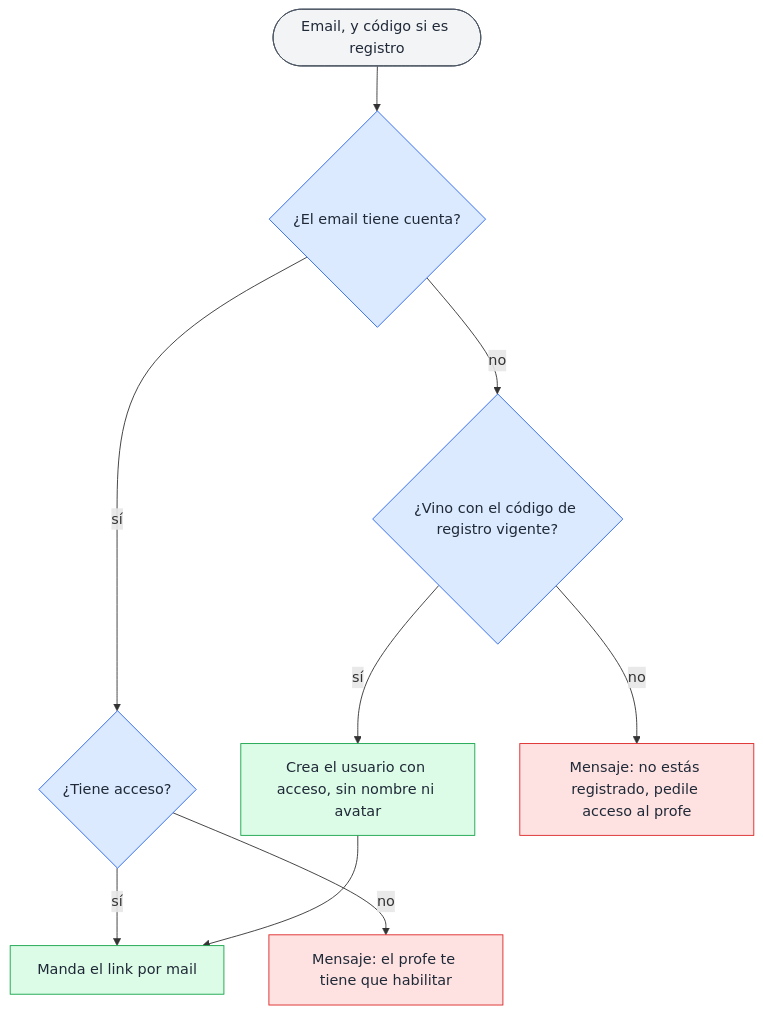
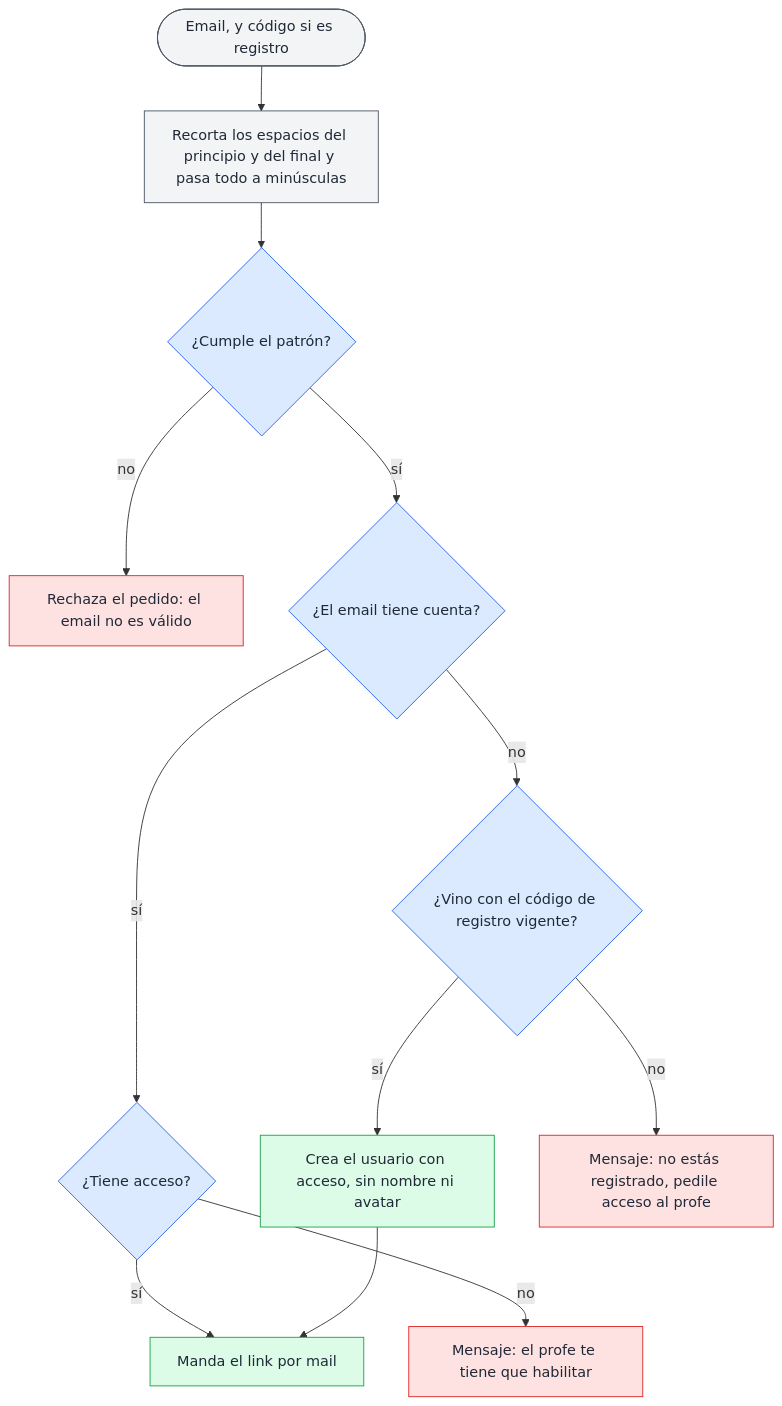
One commit to filadd/agentic-engineering-famaf-extension-course changed the first of 2 diagrams in app/docs/architecture/login-y-acceso.md. Above: the diagram before and after it, drawn with Mermaid. The commit also changed other lines of this file and 7 other files, not shown here.

````diff
--- a/app/docs/architecture/login-y-acceso.md
+++ b/app/docs/architecture/login-y-acceso.md
@@ -17,30 +17,36 @@
 ```mermaid
 flowchart TD
     In@{ shape: stadium, label: "Email, y código si es registro" }
+    Norm@{ shape: rect, label: "Recorta los espacios del principio y del final y pasa todo a minúsculas" }
+    Valido@{ shape: diam, label: "¿Cumple el patrón?" }
+    Invalido@{ shape: rect, label: "Rechaza el pedido: el email no es válido" }
     Cuenta@{ shape: diam, label: "¿El email tiene cuenta?" }
     Acceso@{ shape: diam, label: "¿Tiene acceso?" }
     Codigo@{ shape: diam, label: "¿Vino con el código de registro vigente?" }
     Crea@{ shape: rect, label: "Crea el usuario con acceso, sin nombre ni avatar" }
     Link@{ shape: rect, label: "Manda el link por mail" }
     SinAcceso@{ shape: rect, label: "Mensaje: el profe te tiene que habilitar" }
     SinCuenta@{ shape: rect, label: "Mensaje: no estás registrado, pedile acceso al profe" }
 
-    In --> Cuenta
+    In --> Norm
+    Norm --> Valido
+    Valido -->|no| Invalido
+    Valido -->|sí| Cuenta
     Cuenta -->|sí| Acceso
     Cuenta -->|no| Codigo
     Acceso -->|sí| Link
     Acceso -->|no| SinAcceso
     Codigo -->|sí| Crea
     Codigo -->|no| SinCuenta
     Crea --> Link
 
     classDef grey fill:#f3f4f6,stroke:#4b5563,color:#1f2937
     classDef blue fill:#dbeafe,stroke:#2563eb,color:#1f2937
     classDef green fill:#dcfce7,stroke:#16a34a,color:#1f2937
     classDef red fill:#fee2e2,stroke:#dc2626,color:#1f2937
 
-    class In grey
-    class Cuenta,Acceso,Codigo blue
+    class In,Norm grey
+    class Valido,Cuenta,Acceso,Codigo blue
     class Crea,Link green
-    class SinAcceso,SinCuenta red
+    class Invalido,SinAcceso,SinCuenta red
 ```
````
